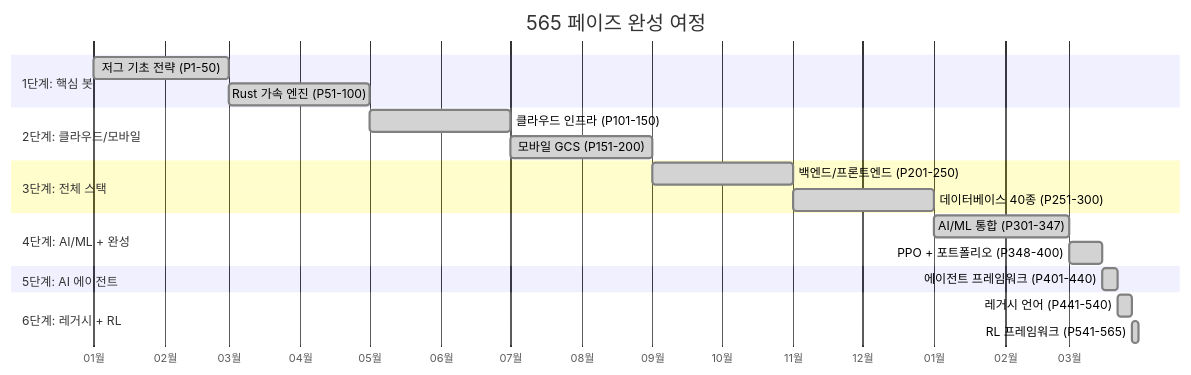
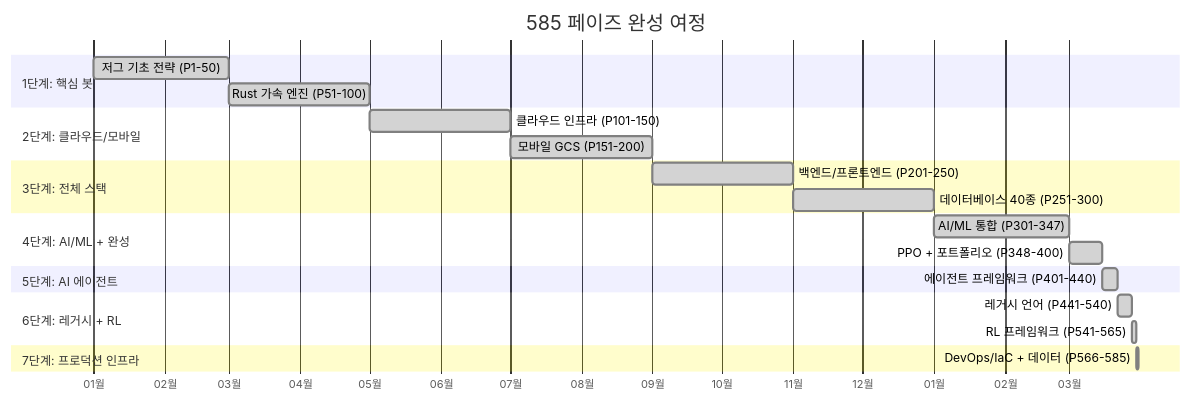
The first of 30 diagrams in README.md (sun475300-sudo/Swarm-control-in-sc2bot), drawn with Mermaid before and after one commit. The commit also changed other lines of this file, not shown here.

````diff
--- a/README.md
+++ b/README.md
@@ -218,29 +225,32 @@
 ```mermaid
 gantt
-    title 565 페이즈 완성 여정
+    title 585 페이즈 완성 여정
     dateFormat YYYY-MM-DD
     axisFormat %m월
 
     section 1단계: 핵심 봇
     저그 기초 전략 (P1-50)       :done, 2025-01-01, 2025-03-01
     Rust 가속 엔진 (P51-100)     :done, 2025-03-01, 2025-05-01
 
     section 2단계: 클라우드/모바일
     클라우드 인프라 (P101-150)   :done, 2025-05-01, 2025-07-01
     모바일 GCS (P151-200)        :done, 2025-07-01, 2025-09-01
 
     section 3단계: 전체 스택
     백엔드/프론트엔드 (P201-250) :done, 2025-09-01, 2025-11-01
     데이터베이스 40종 (P251-300) :done, 2025-11-01, 2026-01-01
 
     section 4단계: AI/ML + 완성
     AI/ML 통합 (P301-347)        :done, 2026-01-01, 2026-03-01
     PPO + 포트폴리오 (P348-400)  :done, 2026-03-01, 2026-03-15
 
     section 5단계: AI 에이전트
     에이전트 프레임워크 (P401-440):done, 2026-03-15, 2026-03-22
 
     section 6단계: 레거시 + RL
     레거시 언어 (P441-540)       :done, 2026-03-22, 2026-03-28
-    RL 프레임워크 (P541-565)     :done, 2026-03-28, 2026-03-31
+    RL 프레임워크 (P541-565)     :done, 2026-03-28, 2026-03-30
+
+    section 7단계: 프로덕션 인프라
+    DevOps/IaC + 데이터 (P566-585):done, 2026-03-30, 2026-03-31
 ```
````
